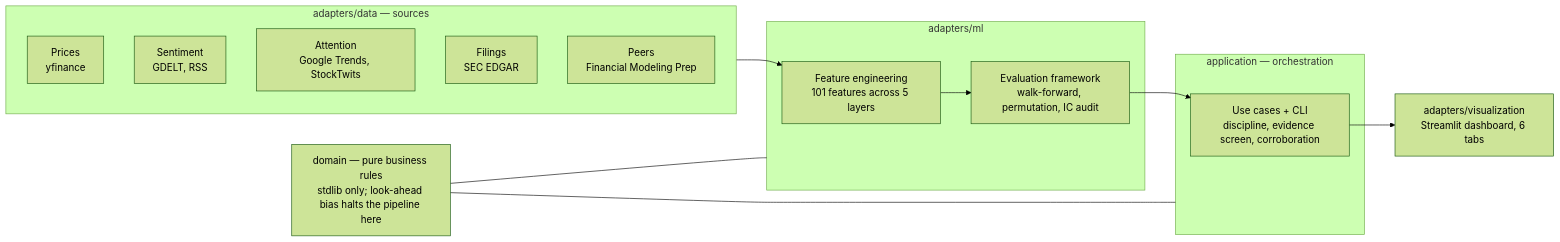
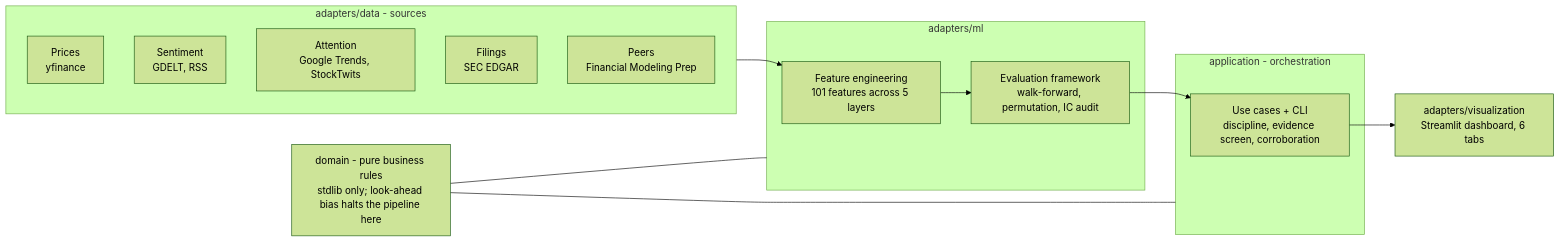
The third of 3 diagrams in README.md (tirthjoship/research-instrument), drawn with Mermaid (forest theme) before and after one commit. The commit also changed other lines of this file, not shown here.

````diff
--- a/README.md
+++ b/README.md
@@ -205,23 +205,23 @@
 ```mermaid
 flowchart LR
-    subgraph data["adapters/data — sources"]
+    subgraph data["adapters/data - sources"]
         P["Prices<br/>yfinance"]
         S["Sentiment<br/>GDELT, RSS"]
         A["Attention<br/>Google Trends, StockTwits"]
         F["Filings<br/>SEC EDGAR"]
         PE["Peers<br/>Financial Modeling Prep"]
     end
     subgraph ml["adapters/ml"]
         FE["Feature engineering<br/>101 features across 5 layers"]
         EVAL["Evaluation framework<br/>walk-forward, permutation, IC audit"]
     end
-    subgraph appl["application — orchestration"]
+    subgraph appl["application - orchestration"]
         UC["Use cases + CLI<br/>discipline, evidence screen, corroboration"]
     end
-    DOM["domain — pure business rules<br/>stdlib only; look-ahead bias halts the pipeline here"]
+    DOM["domain - pure business rules<br/>stdlib only; look-ahead bias halts the pipeline here"]
     VIZ["adapters/visualization<br/>Streamlit dashboard, 6 tabs"]
 
     data --> FE --> EVAL --> UC --> VIZ
     DOM --- ml
     DOM --- appl
 ```
````
